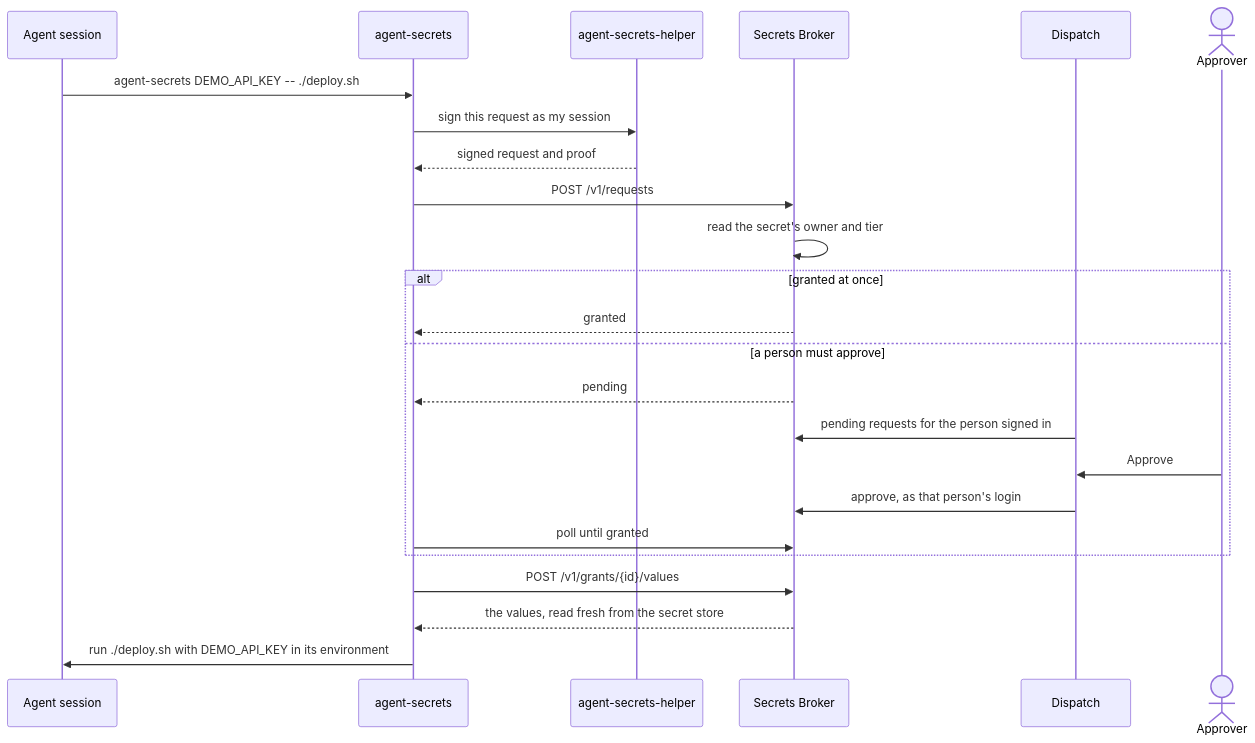
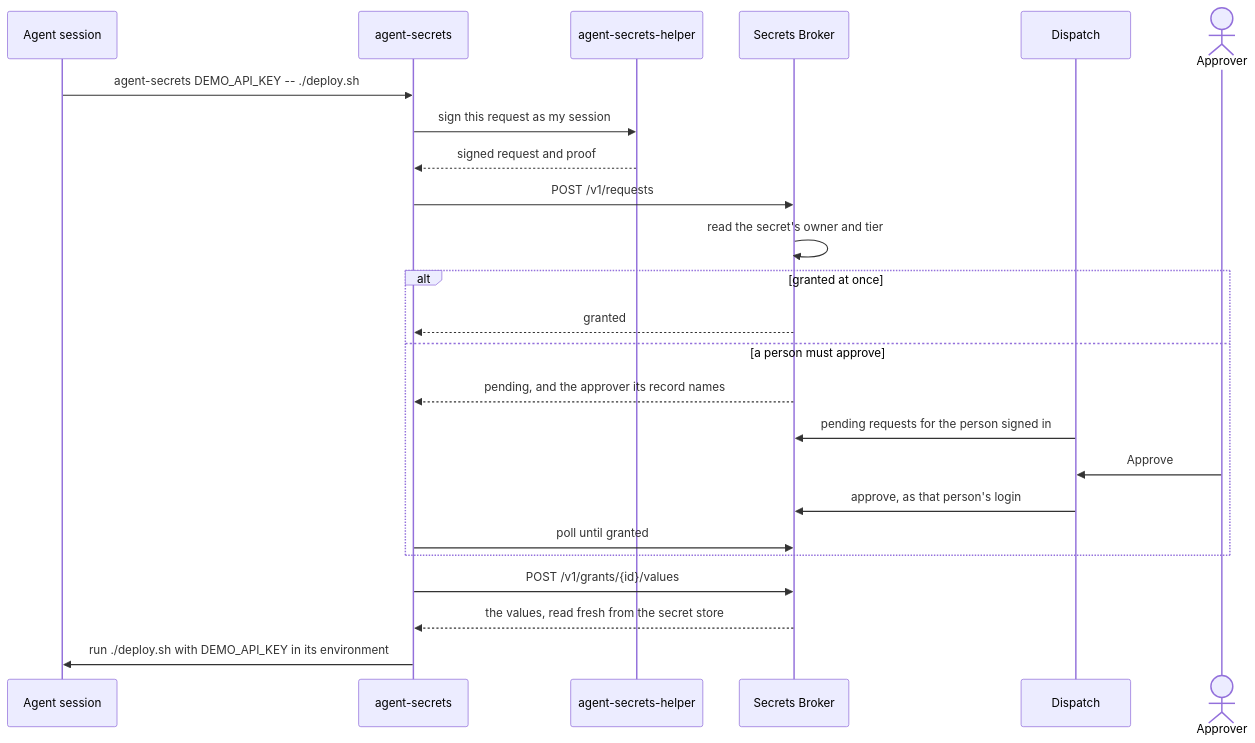
Before and after one commit to sjawhar/legion: the diagram in docs/site/src/content/docs/broker/index.md, drawn with Mermaid. The commit also changed 3 other files, not shown here.

First line of the commit message:
docs(broker): a pending request names its approver

````diff
--- a/docs/site/src/content/docs/broker/index.md
+++ b/docs/site/src/content/docs/broker/index.md
@@ -41,26 +41,26 @@
 ```mermaid
 sequenceDiagram
     participant Agent as Agent session
     participant CLI as agent-secrets
     participant Helper as agent-secrets-helper
     participant Broker as Secrets Broker
     participant Dispatch
     actor Person as Approver
     Agent->>CLI: agent-secrets DEMO_API_KEY -- ./deploy.sh
     CLI->>Helper: sign this request as my session
     Helper-->>CLI: signed request and proof
     CLI->>Broker: POST /v1/requests
     Broker->>Broker: read the secret's owner and tier
     alt granted at once
         Broker-->>CLI: granted
     else a person must approve
-        Broker-->>CLI: pending
+        Broker-->>CLI: pending, and the approver its record names
         Dispatch->>Broker: pending requests for the person signed in
         Person->>Dispatch: Approve
         Dispatch->>Broker: approve, as that person's login
         CLI->>Broker: poll until granted
     end
     CLI->>Broker: POST /v1/grants/{id}/values
     Broker-->>CLI: the values, read fresh from the secret store
     CLI->>Agent: run ./deploy.sh with DEMO_API_KEY in its environment
 ```
````
